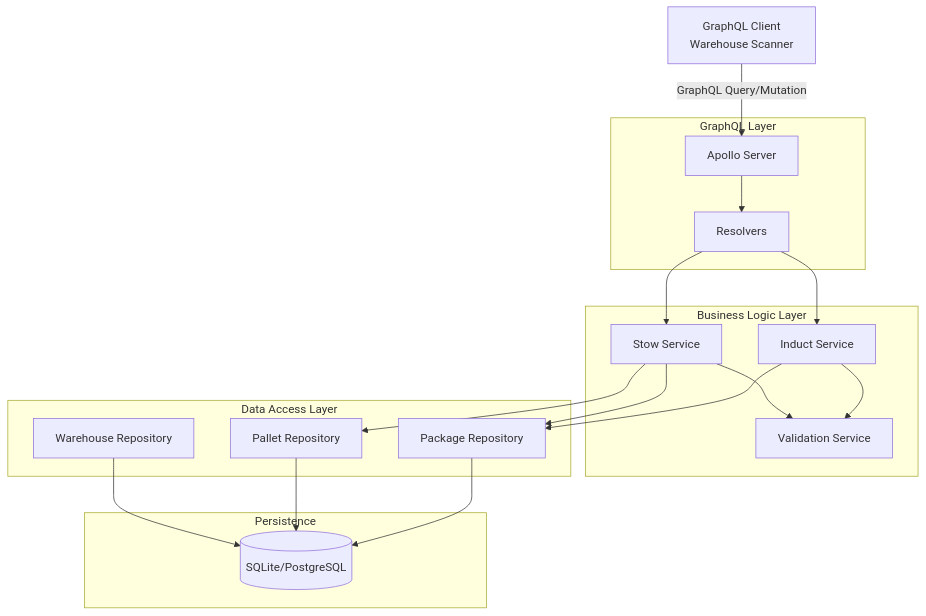
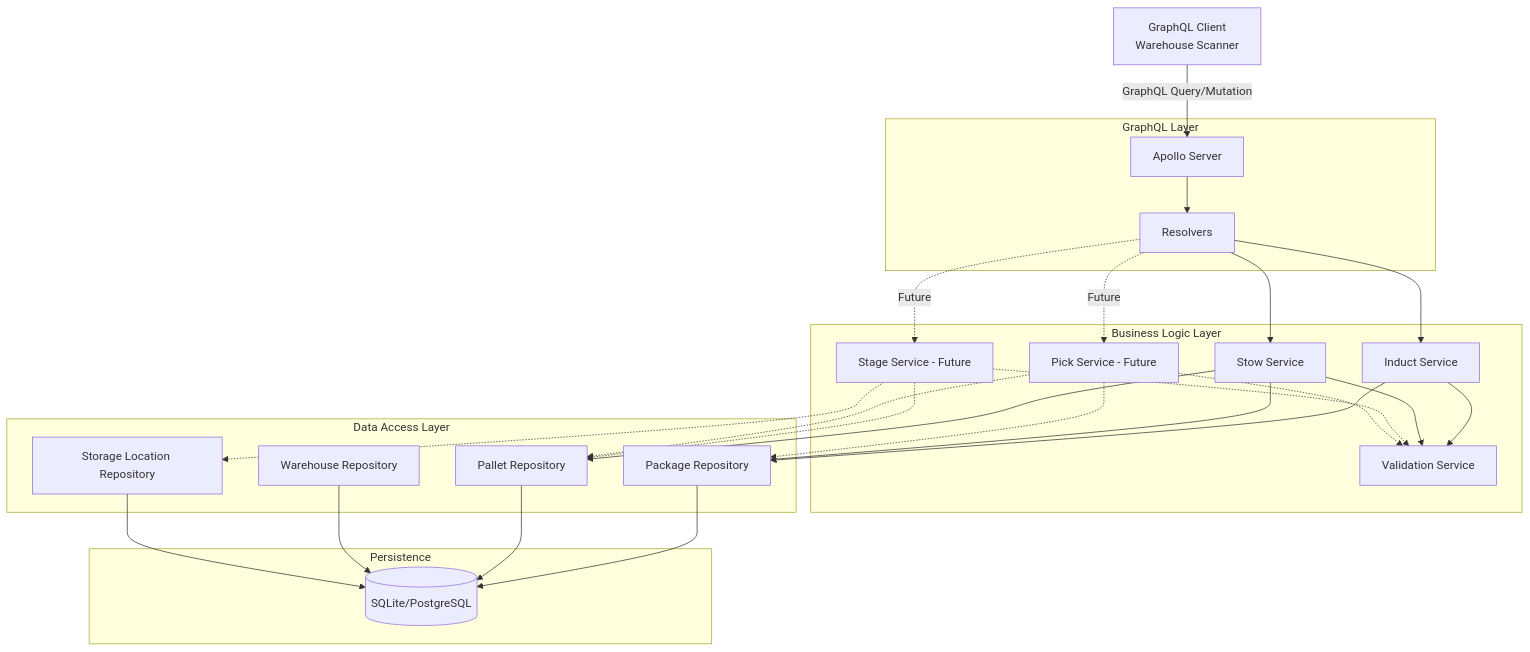
Before and after one commit to thomasmarkiewicz/wms: the first of 3 diagrams in docs/DESIGN.md, drawn with Mermaid. The commit also changed other lines of this file, not shown here.

````diff
--- a/docs/DESIGN.md
+++ b/docs/DESIGN.md
@@ -169,38 +176,50 @@
 ```mermaid
 graph TB
     Client[GraphQL Client<br/>Warehouse Scanner]
 
     subgraph "GraphQL Layer"
         Server[Apollo Server]
         Resolvers[Resolvers]
     end
 
     subgraph "Business Logic Layer"
         InductService[Induct Service]
         StowService[Stow Service]
+        StageService[Stage Service - Future]
+        PickService[Pick Service - Future]
         ValidationService[Validation Service]
     end
 
     subgraph "Data Access Layer"
         PackageRepo[Package Repository]
         PalletRepo[Pallet Repository]
         WarehouseRepo[Warehouse Repository]
+        StorageLocationRepo[Storage Location Repository]
     end
 
     subgraph "Persistence"
         DB[(SQLite/PostgreSQL)]
     end
 
     Client -->|GraphQL Query/Mutation| Server
     Server --> Resolvers
     Resolvers --> InductService
     Resolvers --> StowService
+    Resolvers -.->|Future| StageService
+    Resolvers -.->|Future| PickService
     InductService --> ValidationService
     StowService --> ValidationService
+    StageService -.-> ValidationService
+    PickService -.-> ValidationService
     InductService --> PackageRepo
     StowService --> PackageRepo
     StowService --> PalletRepo
+    StageService -.-> PalletRepo
+    StageService -.-> StorageLocationRepo
+    PickService -.-> PalletRepo
+    PickService -.-> PackageRepo
     PackageRepo --> DB
     PalletRepo --> DB
     WarehouseRepo --> DB
+    StorageLocationRepo --> DB
 ```
````
